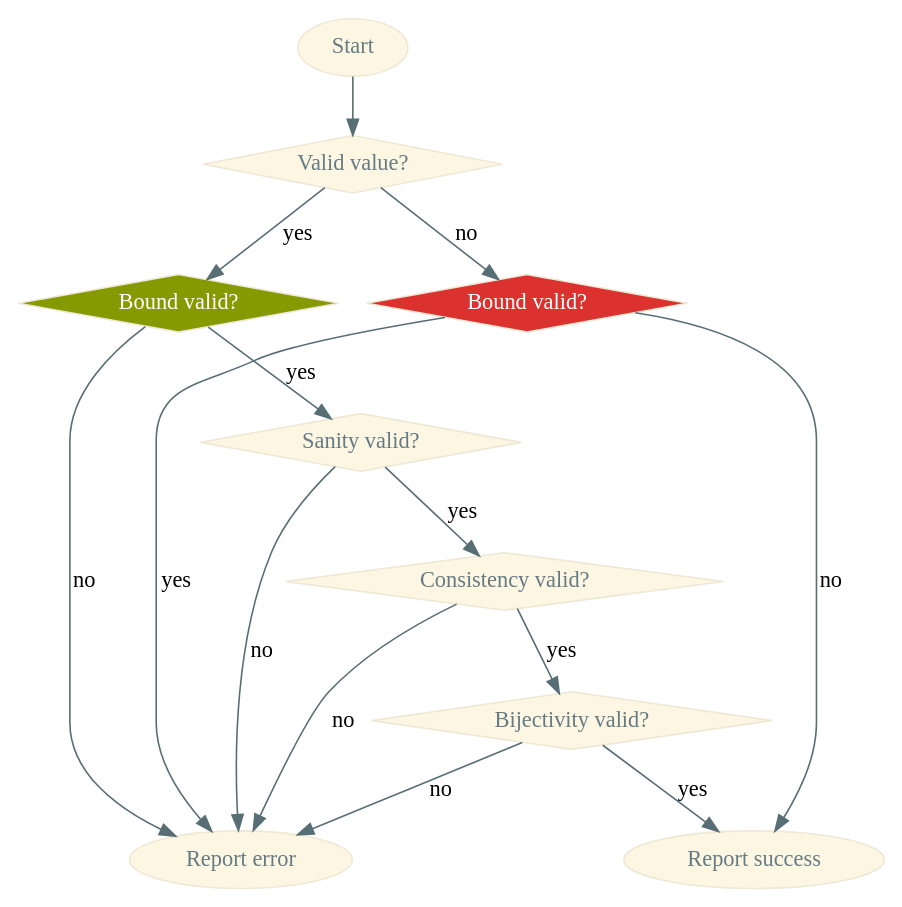
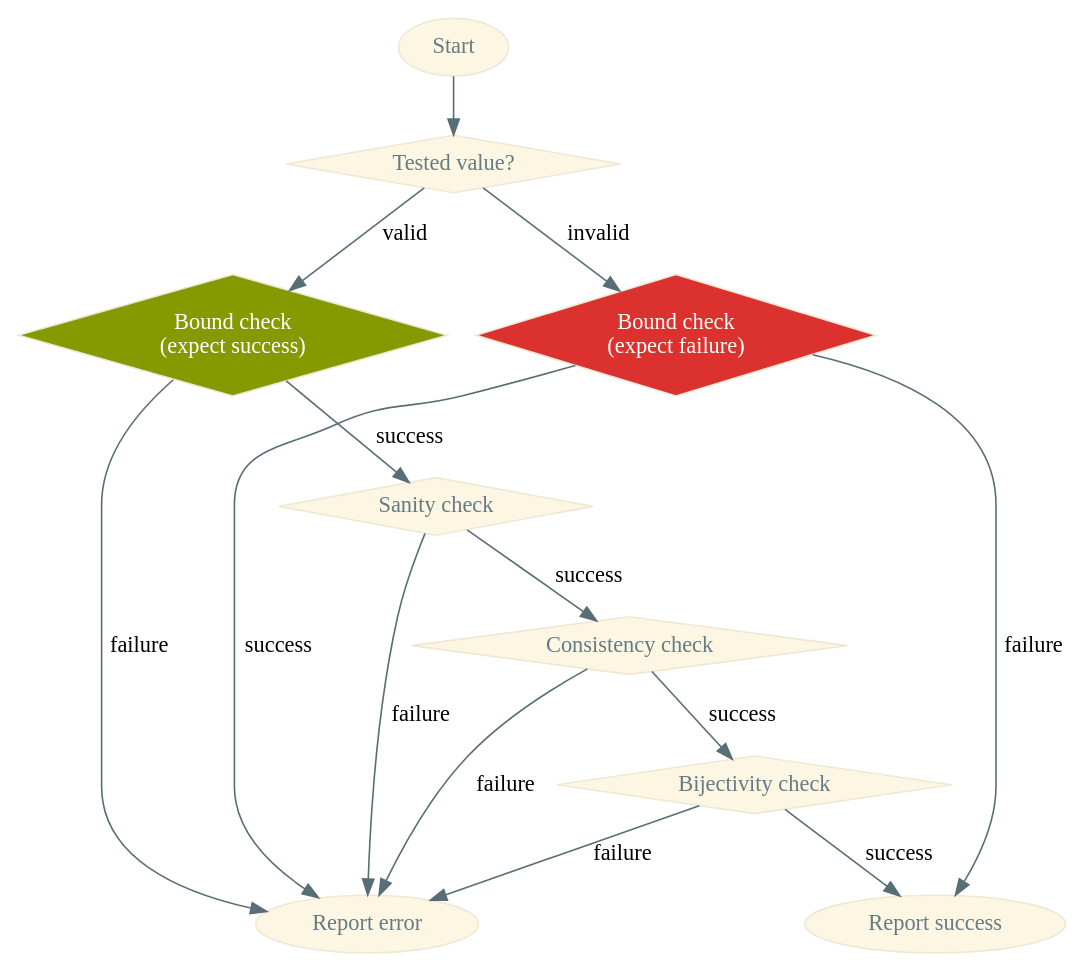
The diagram in report/src/img/fixedPointProcess/fixedPointProcess.dot (Makohoek/internship-report), drawn with Graphviz before and after one commit. The commit also changed 3 other files, not shown here.

```diff
--- a/report/src/img/fixedPointProcess/fixedPointProcess.dot
+++ b/report/src/img/fixedPointProcess/fixedPointProcess.dot
@@ -1,71 +1,71 @@
 /**
  * fixedPoint test flow diagram with solarized light colorscheme
  *
  * <mattijs.korpershoek@gmail.com>
  */
 
 /*
  * Solarized colorscheme:
  * $base03:    #002b36;
  * $base02:    #073642;
  * $base01:    #586e75;
  * $base00:    #657b83;
  * $base0:     #839496;
  * $base1:     #93a1a1;
  * $base2:     #eee8d5;
  * $base3:     #fdf6e3;
  * $yellow:    #b58900;
  * $orange:    #cb4b16;
  * $red:       #dc322f;
  * $magenta:   #d33682;
  * $violet:    #6c71c4;
  * $blue:      #268bd2;
  * $cyan:      #2aa198;
  * $green:     #859900;
  * */
 digraph hierarchy
 {
   size="15,15"
     node[shape=record,style=filled,fillcolor="#fdf6e3", fontcolor="#657b83", color="#eee8d5"]
     edge[dir=forward, arrowtail=open, color="#586e75"]
 
 // states
 start [shape=ellipse, label="Start"];
 error [shape=ellipse, label="Report error"];
 success [shape=ellipse, label="Report success"];
 
 
 // test phases
-validity [shape=diamond, label="Valid value?"];
-Bound [shape=diamond, label="Bound valid?", fillcolor="#859900", fontcolor="#ffffff"];
-BoundError [shape=diamond, label="Bound valid?", fillcolor="#dc322f", fontcolor="#ffffff"];
-Sanity [shape=diamond, label="Sanity valid?"];
-Consistency [shape=diamond, label="Consistency valid?"];
-Bijectivity [shape=diamond, label="Bijectivity valid?"];
+validity [shape=diamond, label="Tested value?"];
+Bound [shape=diamond, label="Bound check\n(expect success)", fillcolor="#859900", fontcolor="#ffffff"];
+BoundError [shape=diamond, label="Bound check\n(expect failure)", fillcolor="#dc322f", fontcolor="#ffffff"];
+Sanity [shape=diamond, label="Sanity check"];
+Consistency [shape=diamond, label="Consistency check"];
+Bijectivity [shape=diamond, label="Bijectivity check"];
 
 
 // valid/invalid value paths:
 start -> validity;
-validity -> Bound [label="yes"];
-validity -> BoundError [label="no"];
+validity -> Bound [label="valid"];
+validity -> BoundError [label="invalid"];
 
 // valid path
-Bound -> Sanity [label="yes"];
-Sanity -> Consistency [label="yes"];
-Consistency -> Bijectivity [label="yes"];
-Bijectivity -> success [label="yes"];
-BoundError -> success [label="no"];
+Bound -> Sanity [label="success"];
+Sanity -> Consistency [label="success"];
+Consistency -> Bijectivity [label="success"];
+Bijectivity -> success [label="success"];
+BoundError -> success [label="failure"];
 
 
 //invalid path
-Bound -> error [label="no"];
-Sanity -> error [label="no"];
-Consistency -> error [label="no"];
-Bijectivity -> error [label="no"];
+Bound -> error [label="failure"];
+Sanity -> error [label="failure"];
+Consistency -> error [label="failure"];
+Bijectivity -> error [label="failure"];
 
-BoundError -> error [label="yes"];
+BoundError -> error [label="success"];
 
 { rank=same; Bound; BoundError }
 { rank=same; success; error }
 
 }
```
